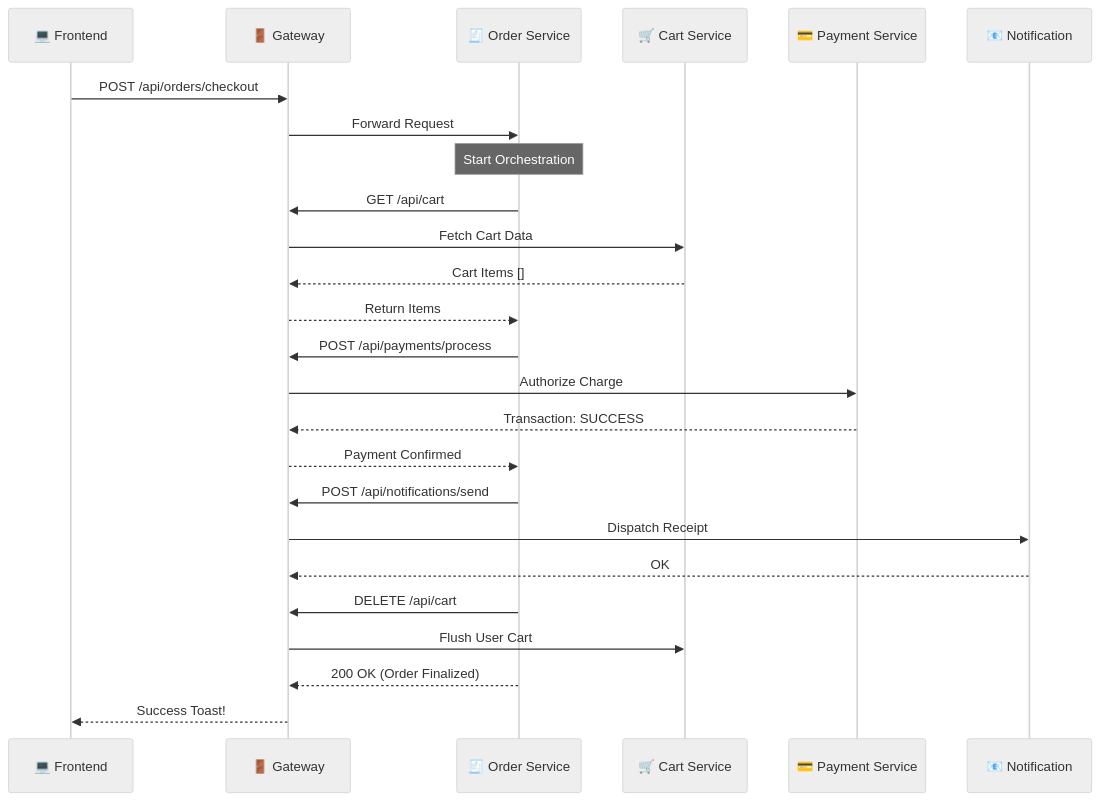
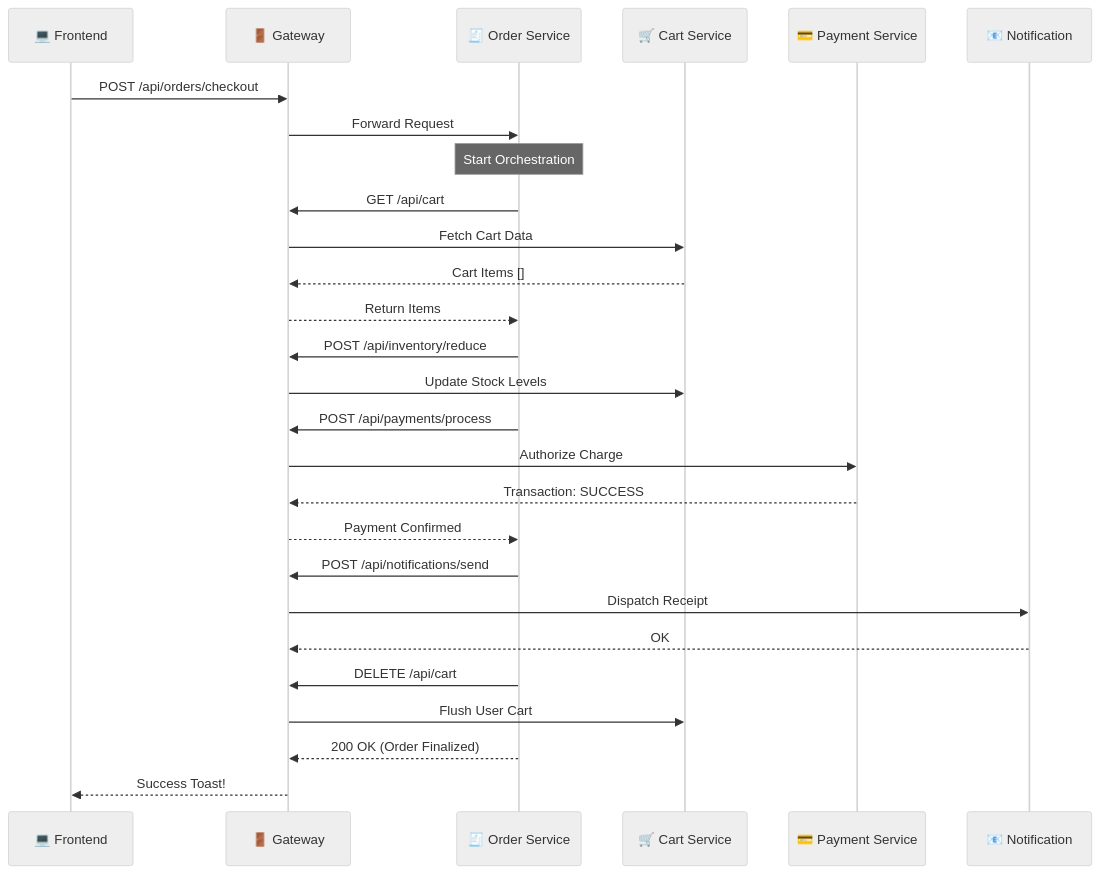
Before and after one commit to Sourav356/ecommerce-microservices-application: the second of 2 diagrams in README.md, drawn with Mermaid (neutral theme). The commit also changed 2 other files, not shown here.

Commit message:
feat: integrate inventory validation into checkout flow and update documentation

````diff
--- a/README.md
+++ b/README.md
@@ -58,28 +58,30 @@
 ```mermaid
 sequenceDiagram
     participant C as 💻 Frontend
     participant G as 🚪 Gateway
     participant O as 🧾 Order Service
     participant CA as 🛒 Cart Service
     participant P as 💳 Payment Service
     participant N as 📧 Notification
     
     C->>G: POST /api/orders/checkout
     G->>O: Forward Request
     Note over O: Start Orchestration
     O->>G: GET /api/cart
     G->>CA: Fetch Cart Data
     CA-->>G: Cart Items []
     G-->>O: Return Items
+    O->>G: POST /api/inventory/reduce
+    G->>CA: Update Stock Levels
     O->>G: POST /api/payments/process
     G->>P: Authorize Charge
     P-->>G: Transaction: SUCCESS
     G-->>O: Payment Confirmed
     O->>G: POST /api/notifications/send
     G->>N: Dispatch Receipt
     N-->>G: OK
     O->>G: DELETE /api/cart
     G->>CA: Flush User Cart
     O-->>G: 200 OK (Order Finalized)
     G-->>C: Success Toast!
 ```
````
